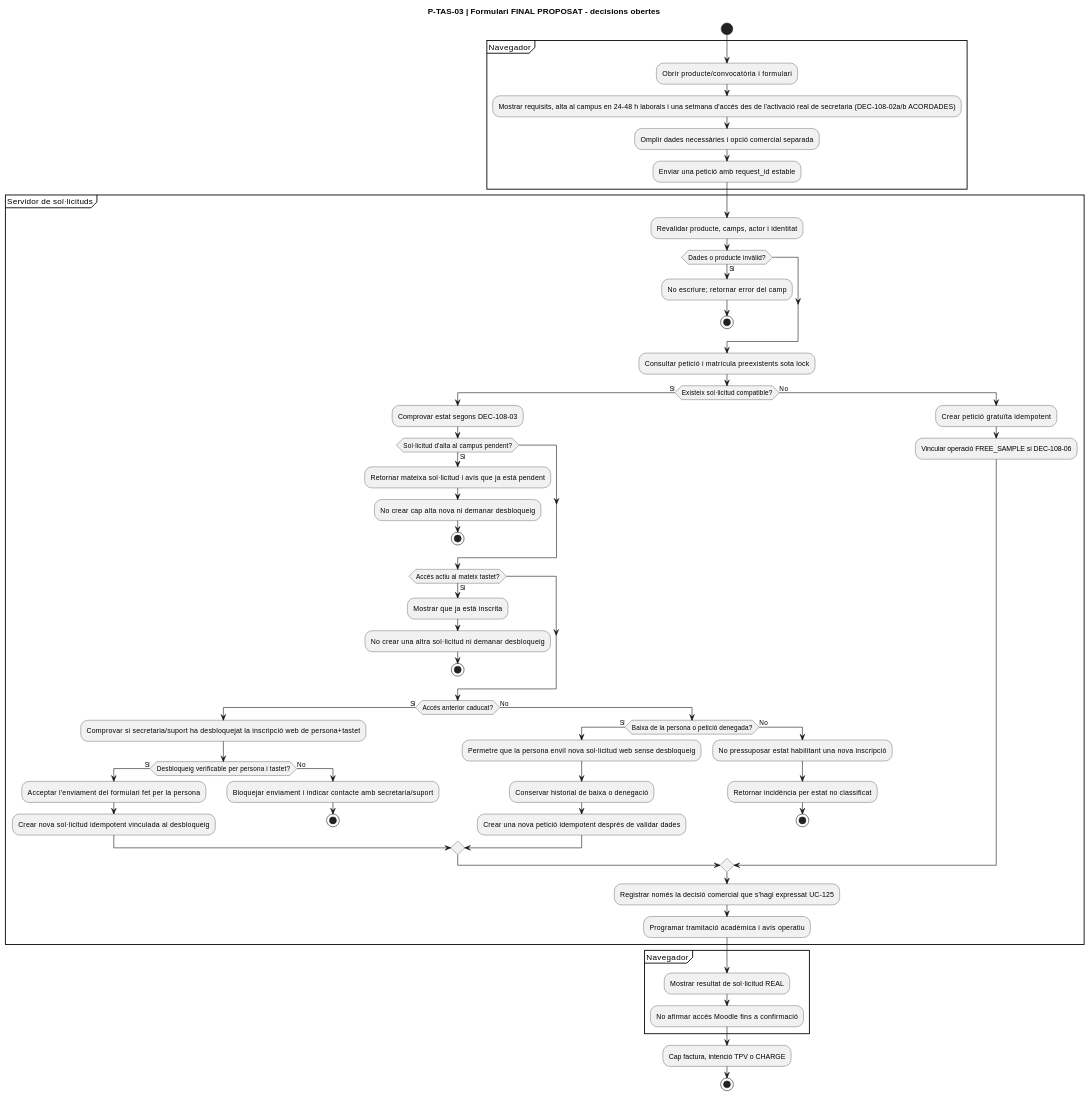
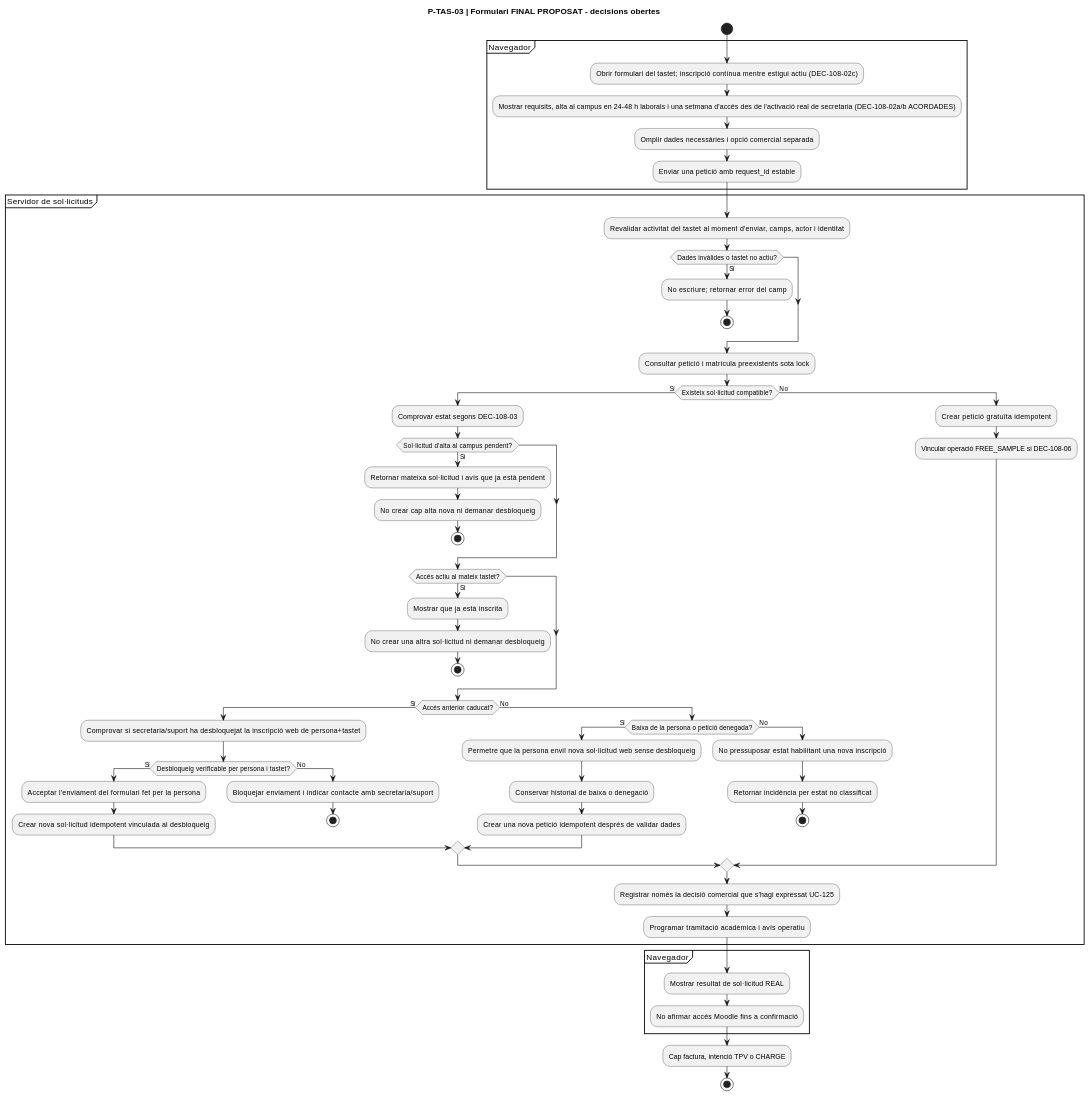
One commit to orgmeriemprismacat-del/verifactu changed diagram 16 of 32 in documentacio/07-uml-integrat/uc-108-activitats-pagines-tastets-actual-final.md. Above: the diagram before and after it, drawn with PlantUML. The commit also changed other lines of this file, not shown here.

Commit message:
docs: agree UC-108 rolling enrollment whenever tastet active without dated intake

````diff
--- a/documentacio/07-uml-integrat/uc-108-activitats-pagines-tastets-actual-final.md
+++ b/documentacio/07-uml-integrat/uc-108-activitats-pagines-tastets-actual-final.md
@@ -367,64 +367,64 @@
 ```plantuml
 @startuml
 title P-TAS-03 | Formulari FINAL PROPOSAT - decisions obertes
 start
 partition "Navegador" {
-  :Obrir producte/convocatòria i formulari;
+  :Obrir formulari del tastet; inscripció contínua mentre estigui actiu (DEC-108-02c);
   :Mostrar requisits, alta al campus en 24–48 h laborals i una setmana d'accés des de l'activació real de secretaria (DEC-108-02a/b ACORDADES);
   :Omplir dades necessàries i opció comercial separada;
   :Enviar una petició amb request_id estable;
 }
 partition "Servidor de sol·licituds" {
-  :Revalidar producte, camps, actor i identitat;
-  if (Dades o producte invàlid?) then (Sí)
+  :Revalidar activitat del tastet al moment d'enviar, camps, actor i identitat;
+  if (Dades invàlides o tastet no actiu?) then (Sí)
     :No escriure; retornar error del camp;
     stop
   endif
   :Consultar petició i matrícula preexistents sota lock;
   if (Existeix sol·licitud compatible?) then (Sí)
     :Comprovar estat segons DEC-108-03;
     if (Sol·licitud d'alta al campus pendent?) then (Sí)
       :Retornar mateixa sol·licitud i avís que ja està pendent;
       :No crear cap alta nova ni demanar desbloqueig;
       stop
     endif
     if (Accés actiu al mateix tastet?) then (Sí)
       :Mostrar que ja està inscrita;
       :No crear una altra sol·licitud ni demanar desbloqueig;
       stop
     endif
     if (Accés anterior caducat?) then (Sí)
       :Comprovar si secretaria/suport ha desbloquejat la inscripció web de persona+tastet;
       if (Desbloqueig verificable per persona i tastet?) then (Sí)
         :Acceptar l'enviament del formulari fet per la persona;
         :Crear nova sol·licitud idempotent vinculada al desbloqueig;
       else (No)
         :Bloquejar enviament i indicar contacte amb secretaria/suport;
         stop
       endif
     else (No)
       if (Baixa de la persona o petició denegada?) then (Sí)
         :Permetre que la persona enviï nova sol·licitud web sense desbloqueig;
         :Conservar historial de baixa o denegació;
         :Crear una nova petició idempotent després de validar dades;
       else (No)
         :No pressuposar estat habilitant una nova inscripció;
         :Retornar incidència per estat no classificat;
         stop
       endif
     endif
   else (No)
     :Crear petició gratuïta idempotent;
     :Vincular operació FREE_SAMPLE si DEC-108-06;
   endif
   :Registrar només la decisió comercial que s'hagi expressat UC-125;
   :Programar tramitació acadèmica i avís operatiu;
 }
 partition "Navegador" {
   :Mostrar resultat de sol·licitud REAL;
   :No afirmar accés Moodle fins a confirmació;
 }
 :Cap factura, intenció TPV o CHARGE;
 stop
 @enduml
 ```
````
